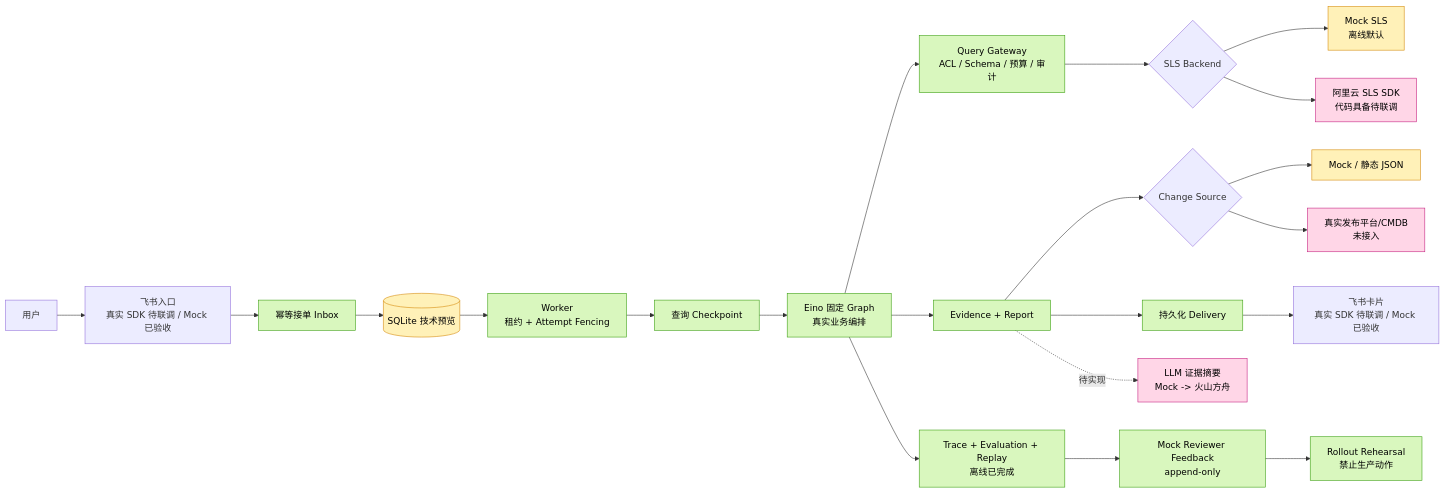
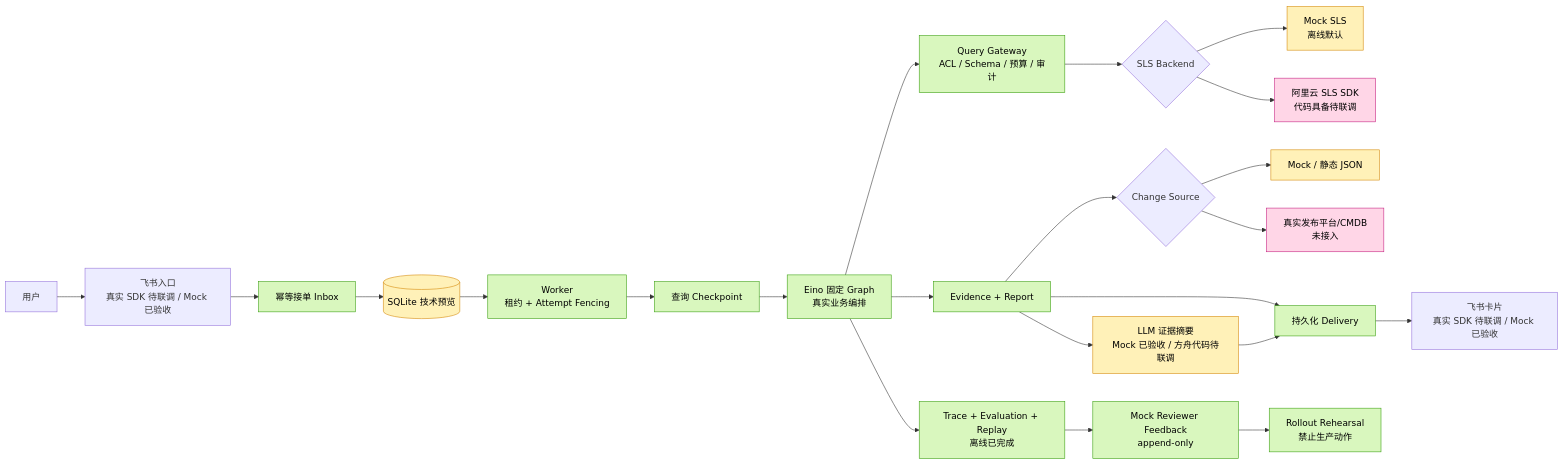
Before and after one commit to KK25KK/log-agent: the first of 2 diagrams in docs/current-capabilities-and-real-integration-inventory.md, drawn with Mermaid. The commit also changed other lines of this file and 30 other files, not shown here.

````diff
--- a/docs/current-capabilities-and-real-integration-inventory.md
+++ b/docs/current-capabilities-and-real-integration-inventory.md
@@ -27,30 +27,31 @@
 ```mermaid
 flowchart LR
     U[用户] --> FI[飞书入口<br/>真实 SDK 待联调 / Mock 已验收]
     FI --> IN[幂等接单 Inbox]
     IN --> DB[(SQLite 技术预览)]
     DB --> WK[Worker<br/>租约 + Attempt Fencing]
     WK --> CP[查询 Checkpoint]
     CP --> EG[Eino 固定 Graph<br/>真实业务编排]
     EG --> GW[Query Gateway<br/>ACL / Schema / 预算 / 审计]
     GW --> SLS{SLS Backend}
     SLS --> SM[Mock SLS<br/>离线默认]
     SLS --> SR[阿里云 SLS SDK<br/>代码具备待联调]
     EG --> EV[Evidence + Report]
     EV --> CH{Change Source}
     CH --> CM[Mock / 静态 JSON]
     CH --> CR[真实发布平台/CMDB<br/>未接入]
     EV --> OUT[持久化 Delivery]
     OUT --> FO[飞书卡片<br/>真实 SDK 待联调 / Mock 已验收]
     EG --> OBS[Trace + Evaluation + Replay<br/>离线已完成]
     OBS --> FB[Mock Reviewer Feedback<br/>append-only]
     FB --> RD[Rollout Rehearsal<br/>禁止生产动作]
-    EV -.待实现.-> LLM[LLM 证据摘要<br/>Mock -> 火山方舟]
+    EV --> LLM[LLM 证据摘要<br/>Mock 已验收 / 方舟代码待联调]
+    LLM --> OUT
 
     classDef done fill:#d9f7be,stroke:#389e0d,color:#000;
     classDef mock fill:#fff1b8,stroke:#d48806,color:#000;
     classDef pending fill:#ffd6e7,stroke:#c41d7f,color:#000;
     class IN,WK,CP,EG,GW,EV,OUT,OBS,FB,RD done;
-    class SM,CM,DB mock;
-    class SR,CR,LLM pending;
+    class SM,CM,DB,LLM mock;
+    class SR,CR pending;
 ```
````
